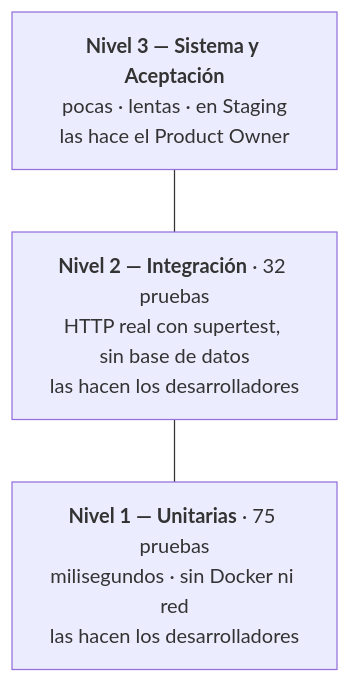
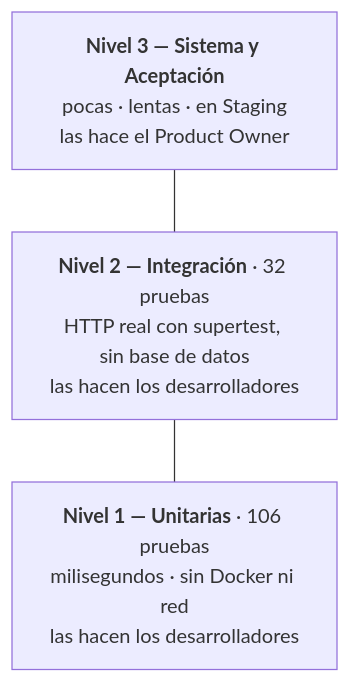
One commit to Isacasvas123/proyecto-becas changed the diagram in docs/19-plan-pruebas.md. Above: the diagram before and after it, drawn with Mermaid. The commit also changed other lines of this file and 11 other files, not shown here.

````diff
--- a/docs/19-plan-pruebas.md
+++ b/docs/19-plan-pruebas.md
@@ -91,8 +91,8 @@
 ```mermaid
 flowchart TB
     N3["<b>Nivel 3 — Sistema y Aceptación</b><br/>pocas · lentas · en Staging<br/>las hace el Product Owner"]
     N2["<b>Nivel 2 — Integración</b> · 32 pruebas<br/>HTTP real con supertest, sin base de datos<br/>las hacen los desarrolladores"]
-    N1["<b>Nivel 1 — Unitarias</b> · 75 pruebas<br/>milisegundos · sin Docker ni red<br/>las hacen los desarrolladores"]
+    N1["<b>Nivel 1 — Unitarias</b> · 106 pruebas<br/>milisegundos · sin Docker ni red<br/>las hacen los desarrolladores"]
 
     N3 --- N2 --- N1
 ```
````
